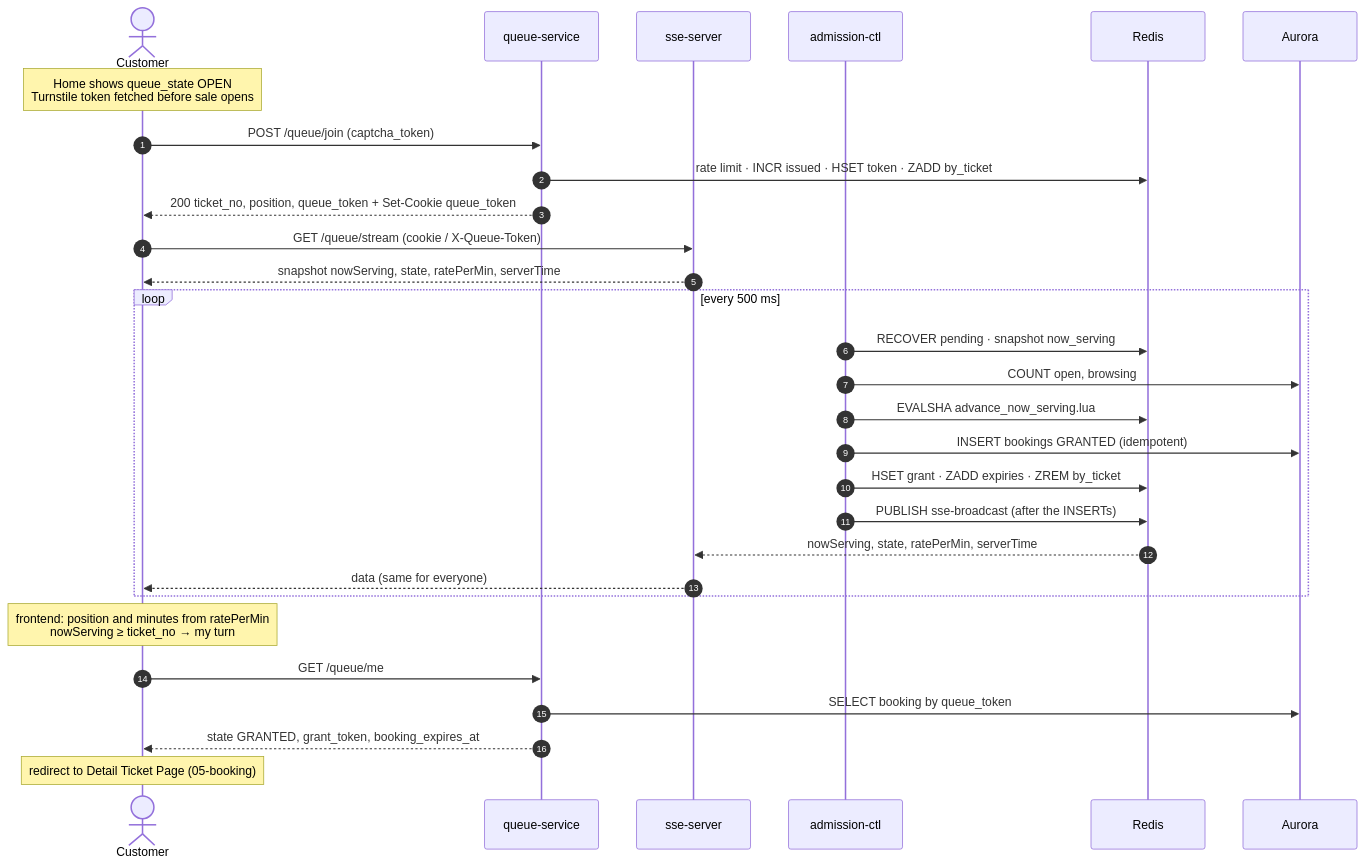
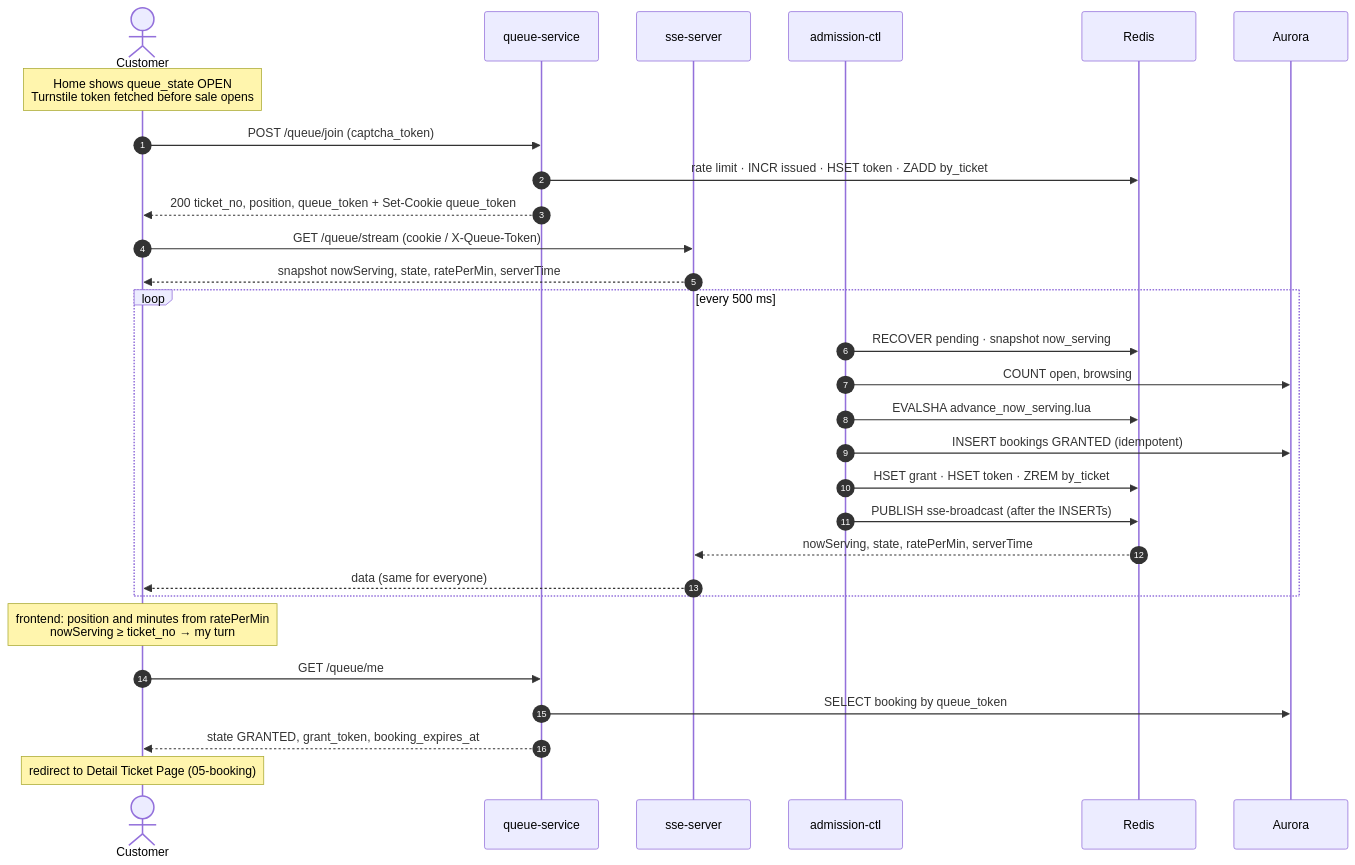
Before and after one commit to PTServerJanganTumbang-BookingTicket/be-rusuh-war-ticketing: the second of 5 diagrams in docs/04-queue/README.md, drawn with Mermaid. The commit also changed other lines of this file and 35 other files, not shown here.

````diff
--- a/docs/04-queue/README.md
+++ b/docs/04-queue/README.md
@@ -78,35 +79,35 @@
 ```mermaid
 sequenceDiagram
     autonumber
     actor C as Customer
     participant Q as queue-service
     participant SSE as sse-server
     participant CTL as admission-ctl
     participant R as Redis
     participant DB as Aurora
 
     Note over C: Home shows queue_state OPEN<br/>Turnstile token fetched before sale opens
     C->>Q: POST /queue/join (captcha_token)
     Q->>R: rate limit · INCR issued · HSET token · ZADD by_ticket
     Q-->>C: 200 ticket_no, position, queue_token + Set-Cookie queue_token
 
     C->>SSE: GET /queue/stream (cookie / X-Queue-Token)
     SSE-->>C: snapshot nowServing, state, ratePerMin, serverTime
 
     loop every 500 ms
         CTL->>R: RECOVER pending · snapshot now_serving
         CTL->>DB: COUNT open, browsing
         CTL->>R: EVALSHA advance_now_serving.lua
         CTL->>DB: INSERT bookings GRANTED (idempotent)
-        CTL->>R: HSET grant · ZADD expiries · ZREM by_ticket
+        CTL->>R: HSET grant · HSET token · ZREM by_ticket
         CTL->>R: PUBLISH sse-broadcast (after the INSERTs)
         R-->>SSE: nowServing, state, ratePerMin, serverTime
         SSE-->>C: data (same for everyone)
     end
 
     Note over C: frontend: position and minutes from ratePerMin<br/>nowServing ≥ ticket_no → my turn
     C->>Q: GET /queue/me
     Q->>DB: SELECT booking by queue_token
     Q-->>C: state GRANTED, grant_token, booking_expires_at
     Note over C: redirect to Detail Ticket Page (05-booking)
 ```
````
